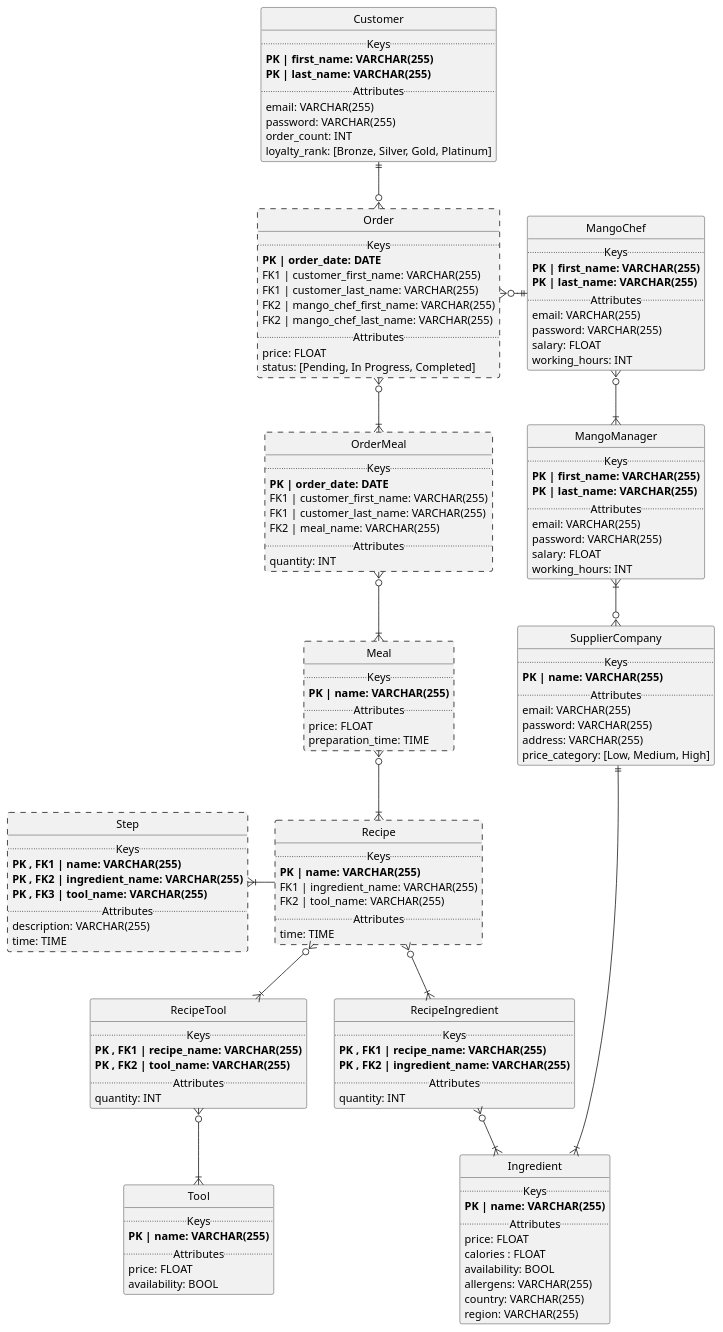
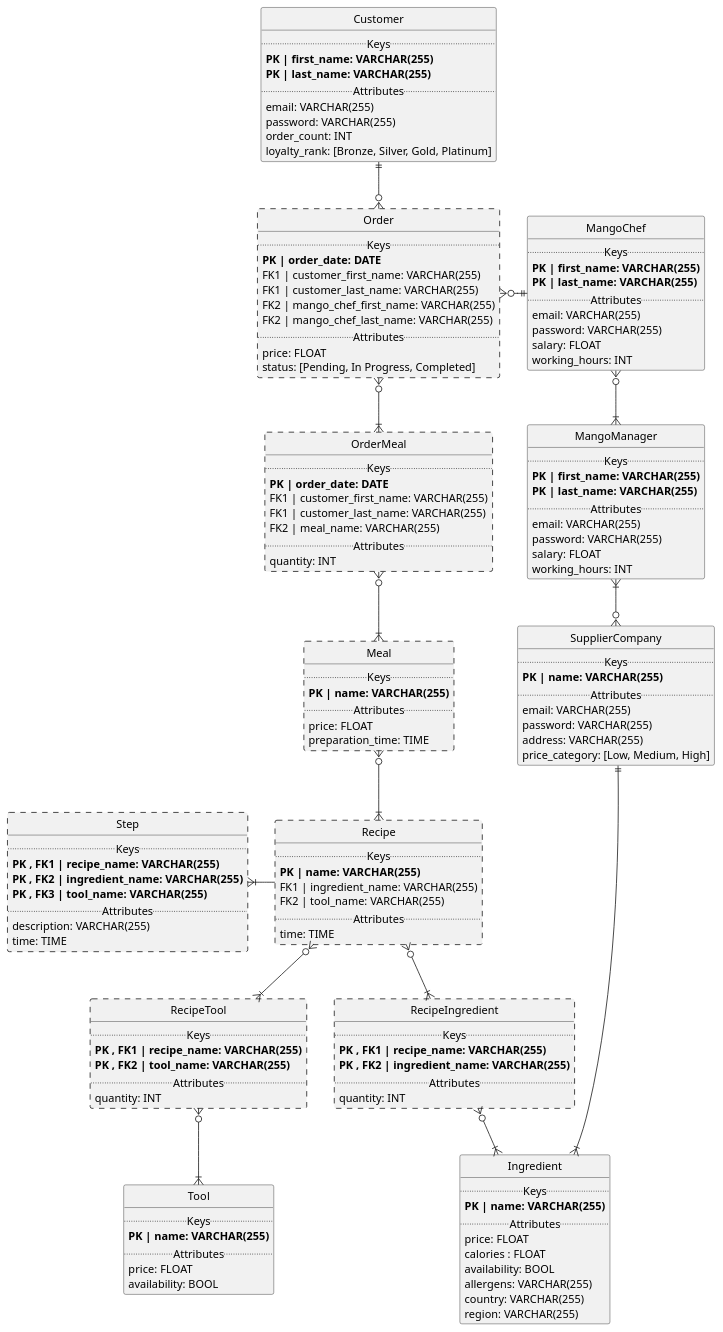
One commit to MorganKryze/MangoDB changed the diagram in Diagrams/src/Table.puml. Above: the diagram before and after it, drawn with PlantUML. The commit also changed 2 other files, not shown here.

Commit message:
📖 update diagrams

```diff
--- a/Diagrams/src/Table.puml
+++ b/Diagrams/src/Table.puml
@@ -1,165 +1,165 @@
 @startuml Diagram of MangoDB
 Hide circle
 
 entity Customer
 {
     ..Keys..
     <b>PK | first_name: VARCHAR(255)
     <b>PK | last_name: VARCHAR(255)
     ..Attributes..
     email: VARCHAR(255)
     password: VARCHAR(255)
     order_count: INT
     loyalty_rank: [Bronze, Silver, Gold, Platinum]
 }
 
 entity Order ##[dashed]
 {
     ..Keys..
     <b>PK | order_date: DATE
     FK1 | customer_first_name: VARCHAR(255)
     FK1 | customer_last_name: VARCHAR(255)
     FK2 | mango_chef_first_name: VARCHAR(255)
     FK2 | mango_chef_last_name: VARCHAR(255)
     ..Attributes..
     price: FLOAT
     status: [Pending, In Progress, Completed]
 }
 
 entity OrderMeal ##[dashed]
 {
     ..Keys..
     <b>PK | order_date: DATE
     FK1 | customer_first_name: VARCHAR(255)
     FK1 | customer_last_name: VARCHAR(255)
     FK2 | meal_name: VARCHAR(255)
     ..Attributes..
     quantity: INT
 }
 
 entity Meal ##[dashed]
 {
     ..Keys..
     <b>PK | name: VARCHAR(255)
     ..Attributes..
     price: FLOAT
     preparation_time: TIME
 }
 
 entity Recipe ##[dashed]
 {
     ..Keys..
     <b>PK | name: VARCHAR(255)
     FK1 | ingredient_name: VARCHAR(255)
     FK2 | tool_name: VARCHAR(255)
     ..Attributes..
     time: TIME
 }
 
 entity Step ##[dashed]
 {
     ..Keys..
-    <b>PK , FK1 | name: VARCHAR(255)
+    <b>PK , FK1 | recipe_name: VARCHAR(255)
     <b>PK , FK2 | ingredient_name: VARCHAR(255)
     <b>PK , FK3 | tool_name: VARCHAR(255)
     ..Attributes..
     description: VARCHAR(255)
     time: TIME
 }
 
-entity RecipeIngredient
+entity RecipeIngredient ##[dashed]
 {
     ..Keys..
     <b>PK , FK1 | recipe_name: VARCHAR(255)
     <b>PK , FK2 | ingredient_name: VARCHAR(255)
     ..Attributes..
     quantity: INT
 }
 
-entity RecipeTool
+entity RecipeTool ##[dashed]
 {
     ..Keys..
     <b>PK , FK1 | recipe_name: VARCHAR(255)
     <b>PK , FK2 | tool_name: VARCHAR(255)
     ..Attributes..
     quantity: INT
 }
 
 entity Ingredient
 {
     ..Keys..
     <b>PK | name: VARCHAR(255)
     ..Attributes..
     price: FLOAT
     calories : FLOAT
     availability: BOOL
     allergens: VARCHAR(255)
     country: VARCHAR(255)
     region: VARCHAR(255)
 }
 
 entity Tool
 {
     ..Keys..
     <b>PK | name: VARCHAR(255)
     ..Attributes..
     price: FLOAT
     availability: BOOL
 }
 
 
 entity SupplierCompany
 {   
     ..Keys..
     <b>PK | name: VARCHAR(255)
     ..Attributes..
     email: VARCHAR(255)
     password: VARCHAR(255)
     address: VARCHAR(255)
     price_category: [Low, Medium, High]
 }
 
 
 
 entity MangoChef
 {
     ..Keys..
     <b>PK | first_name: VARCHAR(255)
     <b>PK | last_name: VARCHAR(255)
     ..Attributes..
     email: VARCHAR(255)
     password: VARCHAR(255)
     salary: FLOAT
     working_hours: INT
 }
 
 entity MangoManager
 {
     ..Keys..
     <b>PK | first_name: VARCHAR(255)
     <b>PK | last_name: VARCHAR(255)
     ..Attributes..
     email: VARCHAR(255)
     password: VARCHAR(255)
     salary: FLOAT
     working_hours: INT
 }
 
 MangoManager }|-down-o{ SupplierCompany
 MangoManager }|-up-o{ MangoChef
 MangoChef ||-left-o{ Order
 
 SupplierCompany ||-down-|{ Ingredient
 
 Customer ||-down-o{ Order
 Order  }o-down-|{ OrderMeal
 OrderMeal }o-down-|{ Meal
 Meal }o-down-|{ Recipe
 
 Recipe }o-down-|{ RecipeIngredient
 Recipe }o-down-|{ RecipeTool
 RecipeIngredient }o-down-|{ Ingredient
 RecipeTool }o-down-|{ Tool
 
 Recipe -left-|{ Step
 @enduml
```
